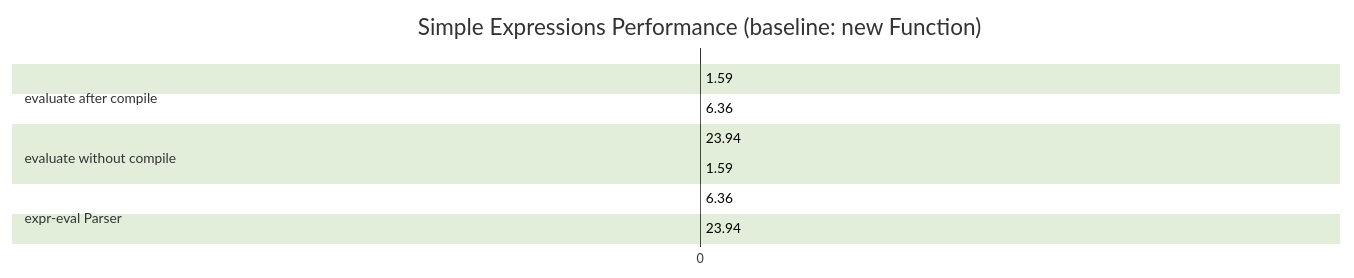
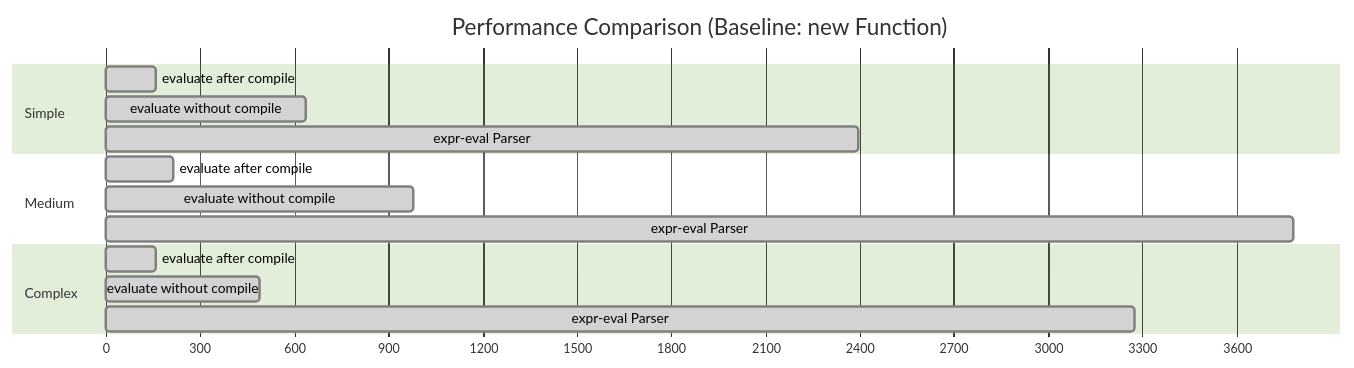
Before and after one commit to antvis/expr: the diagram in README.md, drawn with Mermaid (forest theme).

Commit message:
fix: mermaid bar graph

````diff
--- a/README.md
+++ b/README.md
@@ -187,24 +187,21 @@
 ```mermaid
 gantt
-    title Simple Expressions Performance (baseline: new Function)
+    title Performance Comparison (Baseline: new Function)
     dateFormat  X
     axisFormat %s
 
-    section evaluate after compile
-    1.59 : 0, 15.9
-    section evaluate without compile
-    6.36 : 0, 63.6
-    section expr-eval Parser
-    23.94 : 0, 239.4
-    
-    title Simple Expressions Performance (baseline: new Function)
-    dateFormat  X
-    axisFormat %s
+    section Simple
+    evaluate after compile    :done, 0, 159
+    evaluate without compile  :done, 0, 636
+    expr-eval Parser          :done, 0, 2394
 
-    section evaluate after compile
-    1.59 : 0, 15.9
-    section evaluate without compile
-    6.36 : 0, 63.6
-    section expr-eval Parser
-    23.94 : 0, 239.4
+    section Medium
+    evaluate after compile    :done, 0, 216
+    evaluate without compile  :done, 0, 981
+    expr-eval Parser          :done, 0, 3781
+
+    section Complex
+    evaluate after compile    :done, 0, 159
+    evaluate without compile  :done, 0, 489
+    expr-eval Parser          :done, 0, 3274
 ```
````
